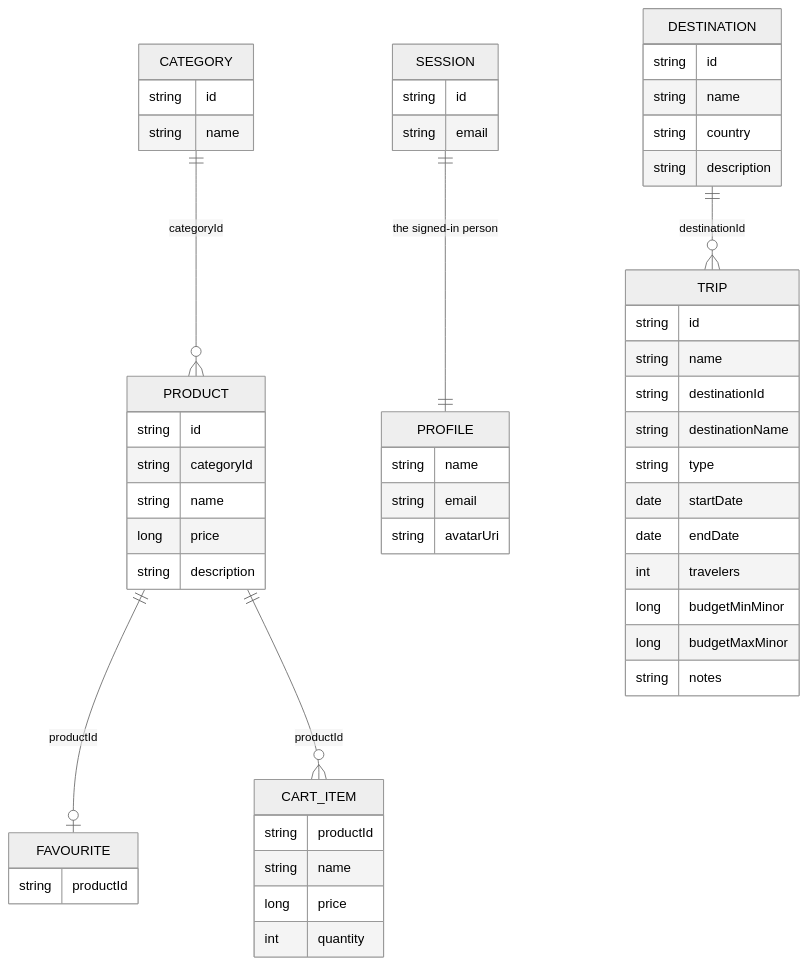
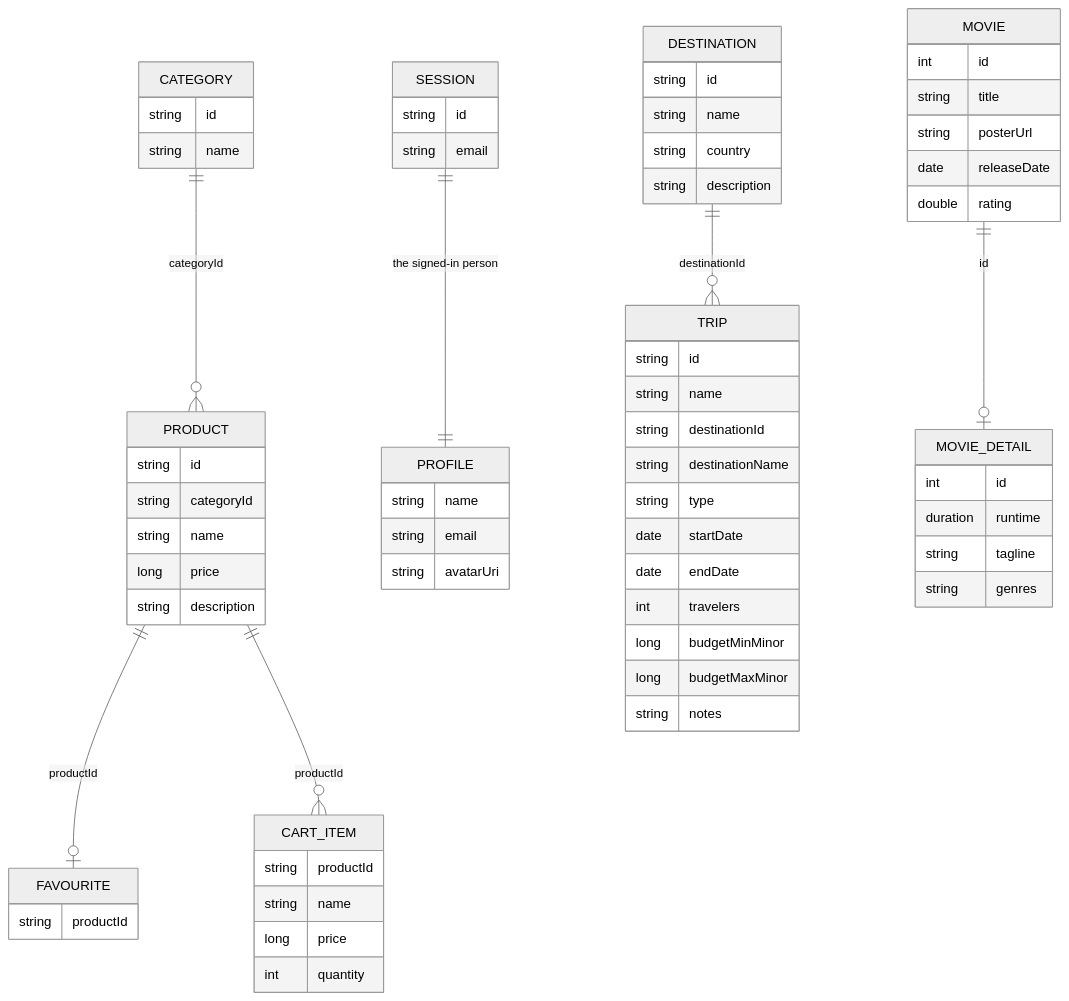
One commit to TomasBozek/AndroidProject1 changed the diagram in docs/ai/reference/DOMAIN.md. Above: the diagram before and after it, drawn with Mermaid (neutral theme). The commit also changed other lines of this file and 57 other files, not shown here.

````diff
--- a/docs/ai/reference/DOMAIN.md
+++ b/docs/ai/reference/DOMAIN.md
@@ -8,57 +8,71 @@
 ```mermaid
 erDiagram
     CATEGORY ||--o{ PRODUCT : "categoryId"
     PRODUCT ||--o| FAVOURITE : "productId"
     PRODUCT ||--o{ CART_ITEM : "productId"
     SESSION ||--|| PROFILE : "the signed-in person"
     DESTINATION ||--o{ TRIP : "destinationId"
 
     CATEGORY {
         string id
         string name
     }
     PRODUCT {
         string id
         string categoryId
         string name
         long price
         string description
     }
     FAVOURITE {
         string productId
     }
     CART_ITEM {
         string productId
         string name
         long price
         int quantity
     }
     SESSION {
         string id
         string email
     }
     PROFILE {
         string name
         string email
         string avatarUri
     }
     DESTINATION {
         string id
         string name
         string country
         string description
     }
     TRIP {
         string id
         string name
         string destinationId
         string destinationName
         string type
         date startDate
         date endDate
         int travelers
         long budgetMinMinor
         long budgetMaxMinor
         string notes
     }
+    MOVIE ||--o| MOVIE_DETAIL : "id"
+    MOVIE {
+        int id
+        string title
+        string posterUrl
+        date releaseDate
+        double rating
+    }
+    MOVIE_DETAIL {
+        int id
+        duration runtime
+        string tagline
+        string genres
+    }
 ```
````
